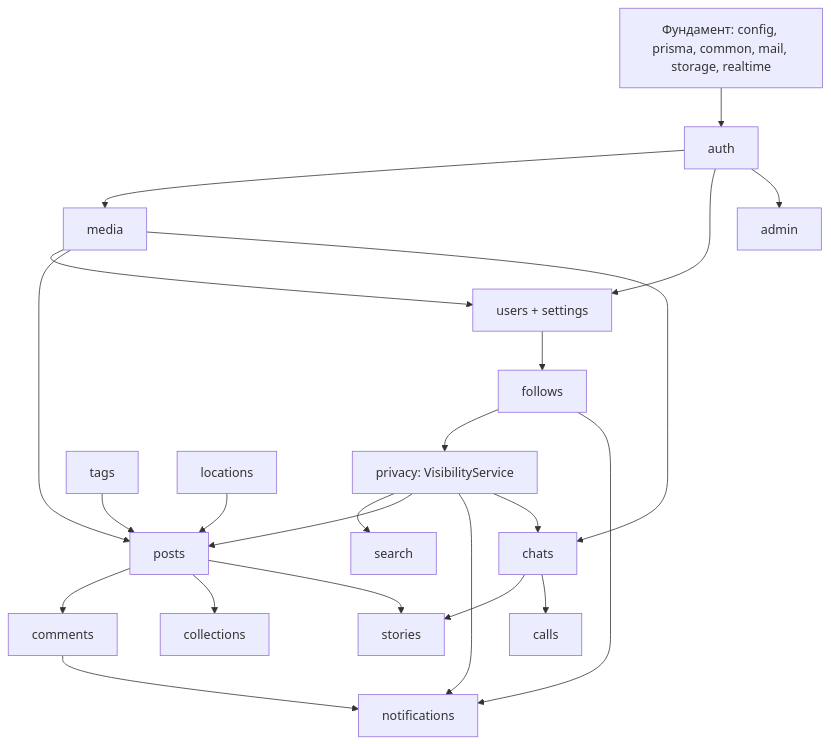
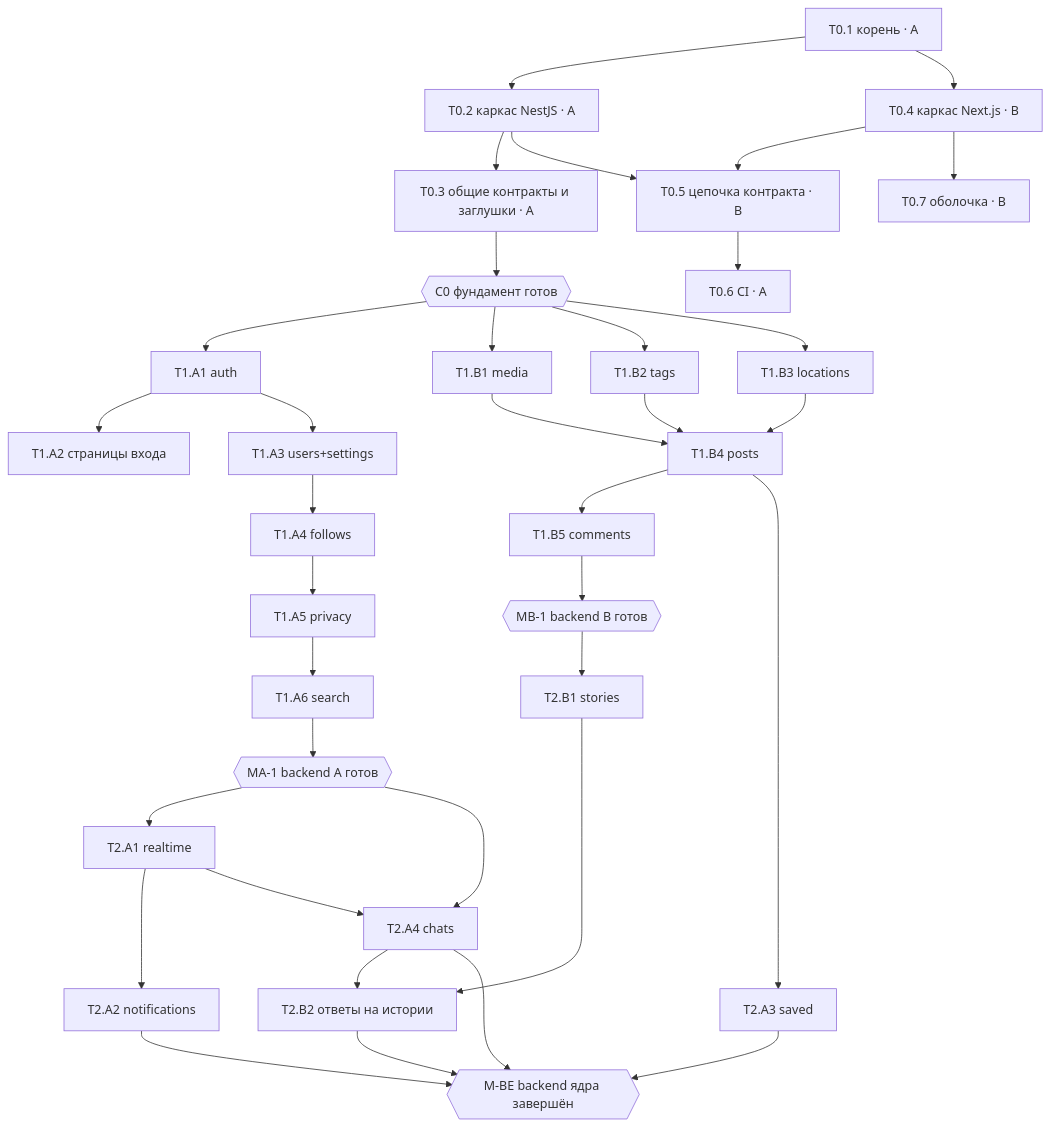
One commit to JM-2007-07/Instagram-Manishvar-Nekruz changed the diagram in docs/IMPLEMENTATION_PLAN.md. Above: the diagram before and after it, drawn with Mermaid. The commit also changed other lines of this file and 26 other files, not shown here.

````diff
--- a/docs/IMPLEMENTATION_PLAN.md
+++ b/docs/IMPLEMENTATION_PLAN.md
@@ -8,25 +54,27 @@
 ```mermaid
 flowchart TD
-    F[Фундамент: config, prisma, common, mail, storage, realtime] --> AUTH[auth]
-    AUTH --> MEDIA[media]
-    AUTH --> USERS[users + settings]
-    MEDIA --> USERS
-    USERS --> FOL[follows]
-    FOL --> PRIV[privacy: VisibilityService]
-    PRIV --> SEARCH[search]
-    PRIV --> POSTS[posts]
-    MEDIA --> POSTS
-    TAGS[tags] --> POSTS
-    POSTS --> COMM[comments]
-    POSTS --> COLL[collections]
-    PRIV --> NOTIF[notifications]
-    COMM --> NOTIF
-    FOL --> NOTIF
-    PRIV --> CHATS[chats]
-    MEDIA --> CHATS
-    CHATS --> STORIES[stories]
-    POSTS --> STORIES
-    CHATS --> CALLS[calls]
-    LOC[locations] --> POSTS
-    AUTH --> ADMIN[admin]
+    T01[T0.1 корень · A] --> T02[T0.2 каркас NestJS · A]
+    T02 --> T03[T0.3 общие контракты и заглушки · A]
+    T01 --> T04[T0.4 каркас Next.js · B]
+    T02 --> T05[T0.5 цепочка контракта · B]
+    T04 --> T05
+    T05 --> T06[T0.6 CI · A]
+    T04 --> T07[T0.7 оболочка · B]
+    T03 --> C0{{C0 фундамент готов}}
+    C0 --> A1[T1.A1 auth] --> A2[T1.A2 страницы входа] & A3[T1.A3 users+settings]
+    A3 --> A4[T1.A4 follows] --> A5[T1.A5 privacy] --> A6[T1.A6 search]
+    C0 --> B1[T1.B1 media] --> B4[T1.B4 posts]
+    C0 --> B2[T1.B2 tags] --> B4
+    C0 --> B3[T1.B3 locations] --> B4
+    B4 --> B5[T1.B5 comments]
+    A6 --> MA1{{MA-1 backend A готов}}
+    B5 --> MB1{{MB-1 backend B готов}}
+    MA1 --> A21[T2.A1 realtime] --> A22[T2.A2 notifications]
+    MA1 --> A24[T2.A4 chats]
+    A21 --> A24
+    B4 --> A23[T2.A3 saved]
+    MB1 --> SB1[T2.B1 stories]
+    A24 --> SB2[T2.B2 ответы на истории]
+    SB1 --> SB2
+    A22 & A23 & A24 & SB2 --> MBE{{M-BE backend ядра завершён}}
 ```
````
